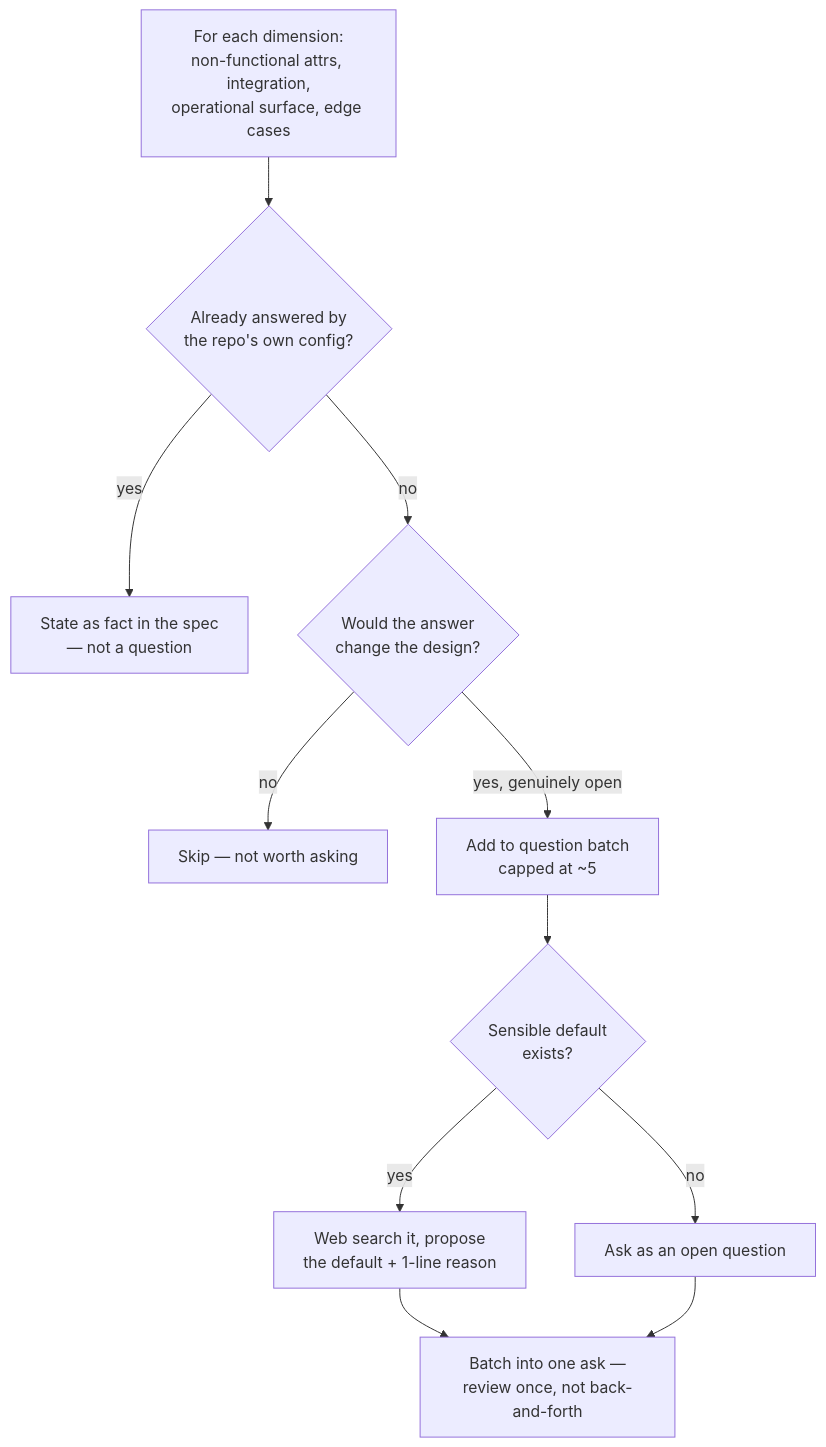
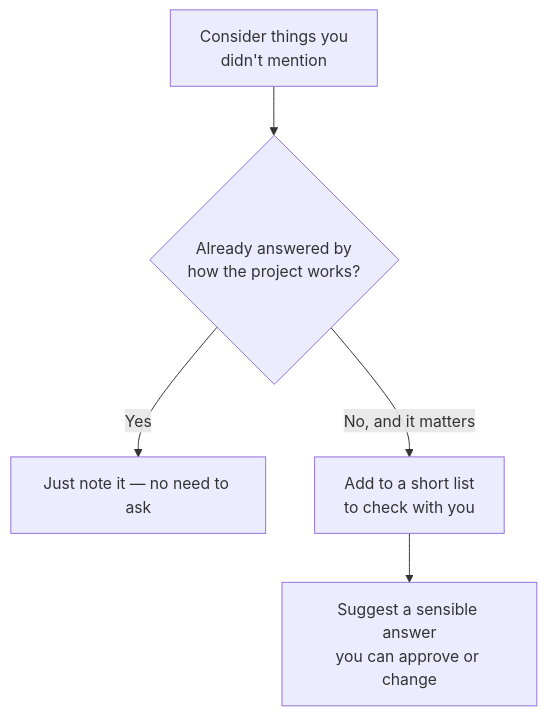
Before and after one commit to RyoKusnadi/rig-bench: the second of 2 diagrams in README.md, drawn with Mermaid. The commit also changed other lines of this file, not shown here.

First line of the commit message:
docs: simplify /spec-plan section into plain language

````diff
--- a/README.md
+++ b/README.md
@@ -57,13 +45,7 @@
 ```mermaid
 flowchart TD
-    A["For each dimension:<br/>non-functional attrs, integration,<br/>operational surface, edge cases"] --> B{"Already answered by<br/>the repo's own config?"}
-    B -->|yes| C["State as fact in the spec<br/>— not a question"]
-    B -->|no| D{"Would the answer<br/>change the design?"}
-    D -->|no| E["Skip — not worth asking"]
-    D -->|"yes, genuinely open"| F["Add to question batch<br/>capped at ~5"]
-    F --> G{"Sensible default<br/>exists?"}
-    G -->|yes| H["Web search it, propose<br/>the default + 1-line reason"]
-    G -->|no| I["Ask as an open question"]
-    H --> J["Batch into one ask —<br/>review once, not back-and-forth"]
-    I --> J
+    A[Consider things you<br/>didn't mention] --> B{Already answered by<br/>how the project works?}
+    B -->|Yes| C[Just note it — no need to ask]
+    B -->|No, and it matters| D[Add to a short list<br/>to check with you]
+    D --> E[Suggest a sensible answer<br/>you can approve or change]
 ```
````
